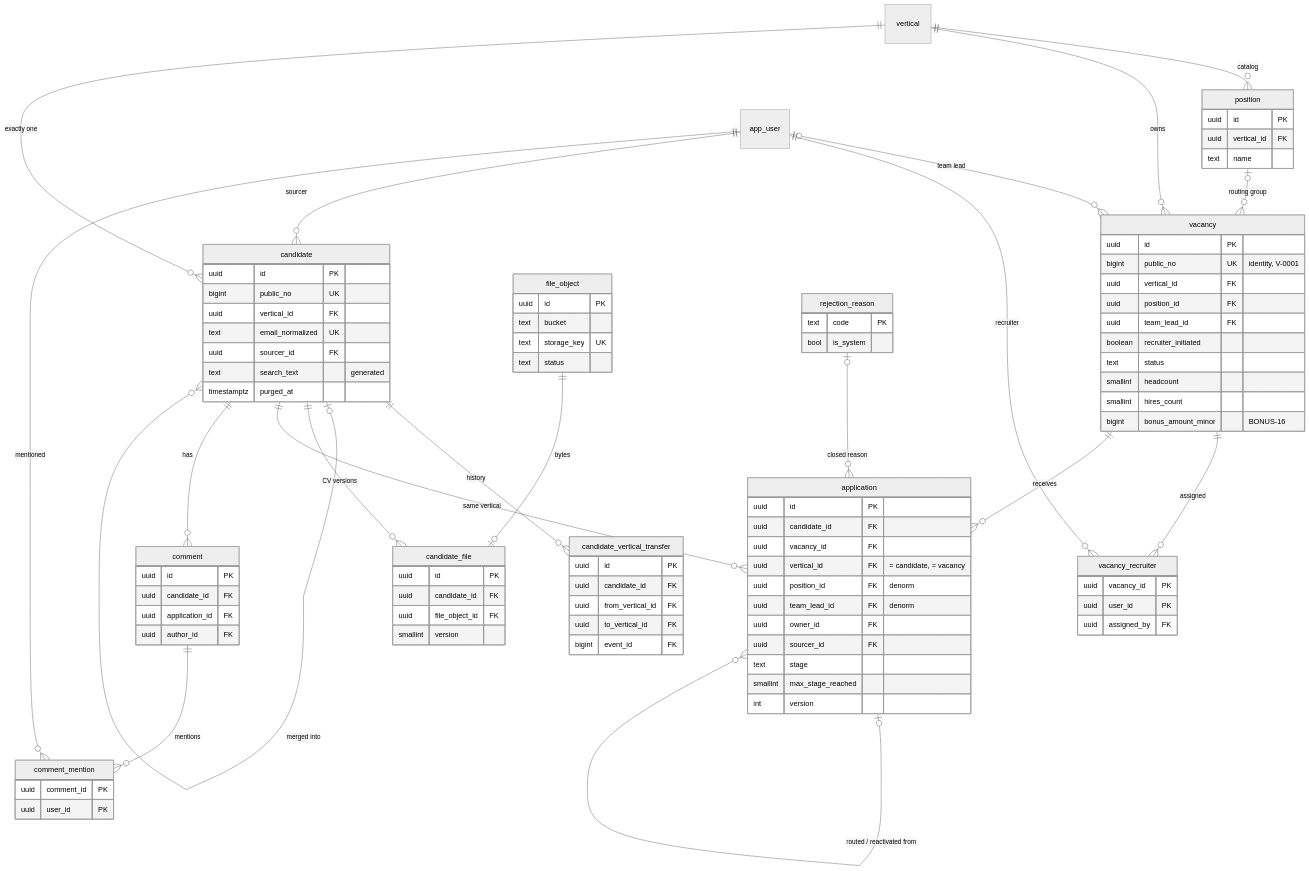
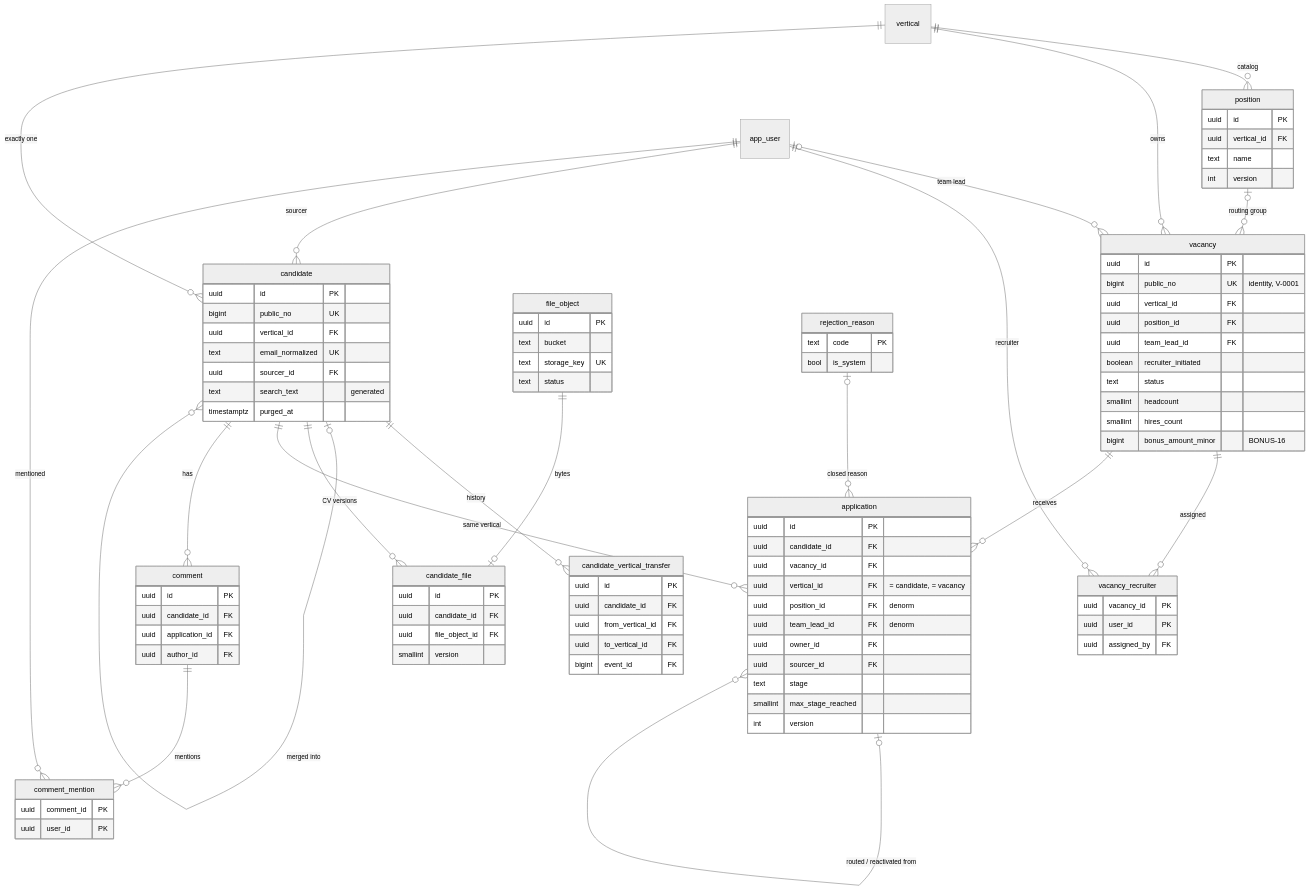
The second of 6 diagrams in docs/erd.md (tolkyu/rcrt-app), drawn with Mermaid (neutral theme) before and after one commit. The commit also changed other lines of this file and 73 other files, not shown here.

```diff
--- a/docs/erd.md
+++ b/docs/erd.md
@@ -172,6 +172,7 @@
         uuid id PK
         uuid vertical_id FK
         text name
+        int version
     }
     vacancy_recruiter {
         uuid vacancy_id PK
```
